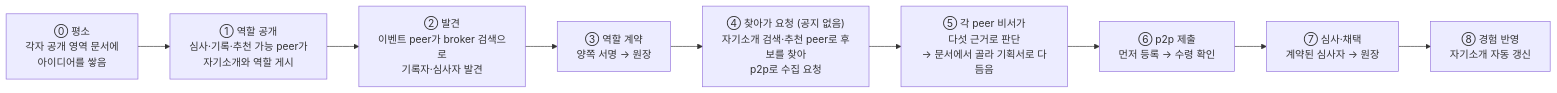
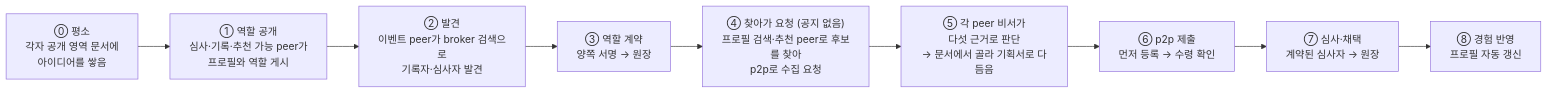
One commit to tanminkwan/share-ur-tokens changed the second of 2 diagrams in docs/hackathon-proposal.md. Above: the diagram before and after it, drawn with Mermaid. The commit also changed other lines of this file and 7 other files, not shown here.

````diff
--- a/docs/hackathon-proposal.md
+++ b/docs/hackathon-proposal.md
@@ -192,11 +192,11 @@
 ```mermaid
 flowchart LR
-    A0["⓪ 평소<br/>각자 공개 영역 문서에<br/>아이디어를 쌓음"] --> S["① 역할 공개<br/>심사·기록·추천 가능 peer가<br/>자기소개와 역할 게시"]
+    A0["⓪ 평소<br/>각자 공개 영역 문서에<br/>아이디어를 쌓음"] --> S["① 역할 공개<br/>심사·기록·추천 가능 peer가<br/>프로필와 역할 게시"]
     S --> F["② 발견<br/>이벤트 peer가 broker 검색으로<br/>기록자·심사자 발견"]
     F --> K["③ 역할 계약<br/>양쪽 서명 → 원장"]
-    K --> C["④ 찾아가 요청 (공지 없음)<br/>자기소개 검색·추천 peer로 후보를 찾아<br/>p2p로 수집 요청"]
+    K --> C["④ 찾아가 요청 (공지 없음)<br/>프로필 검색·추천 peer로 후보를 찾아<br/>p2p로 수집 요청"]
     C --> J["⑤ 각 peer 비서가<br/>다섯 근거로 판단<br/>→ 문서에서 골라 기획서로 다듬음"]
     J --> P["⑥ p2p 제출<br/>먼저 등록 → 수령 확인"]
     P --> V["⑦ 심사·채택<br/>계약된 심사자 → 원장"]
-    V --> U["⑧ 경험 반영<br/>자기소개 자동 갱신"]
+    V --> U["⑧ 경험 반영<br/>프로필 자동 갱신"]
 ```
````
